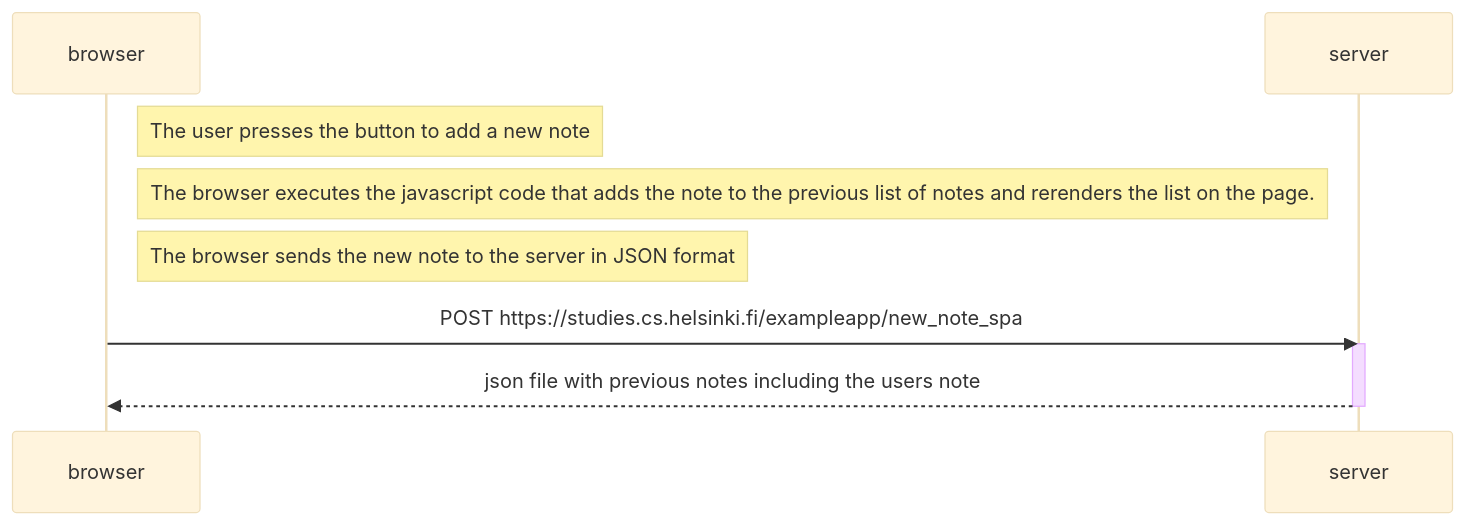
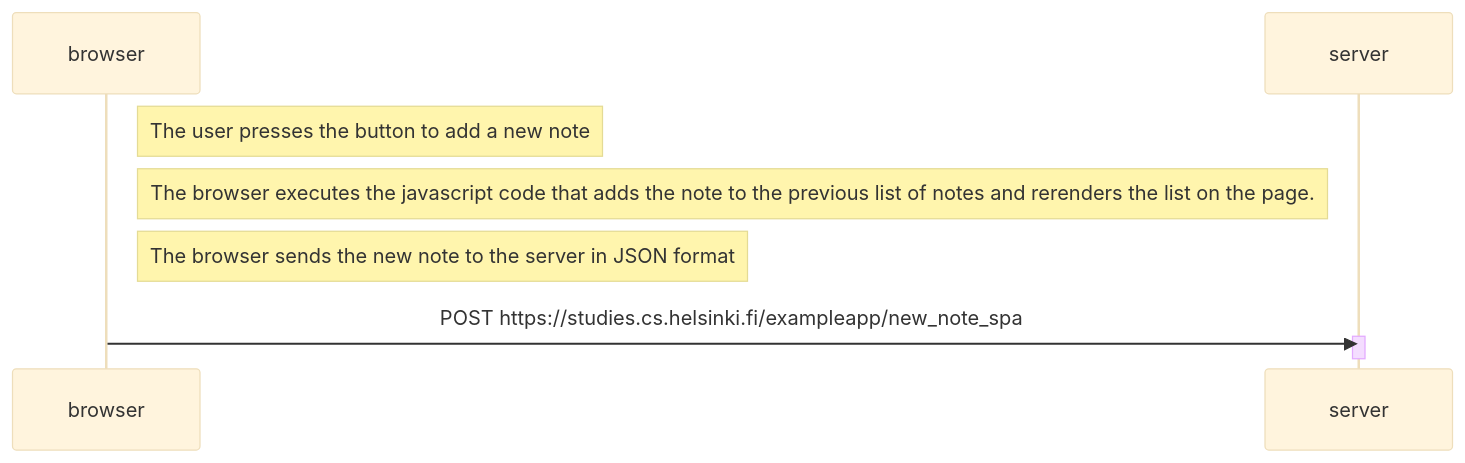
Before and after one commit to MartinhoMacedo/FSO: the diagram in part0/0_6.md, drawn with Mermaid (base theme).

````diff
--- a/part0/0_6.md
+++ b/part0/0_6.md
@@ -2,16 +2,15 @@
 ```mermaid
     sequenceDiagram
         participant browser
         participant server
 
         Note right of browser: The user presses the button to add a new note
         
         Note right of browser: The browser executes the javascript code that adds the note to the previous list of notes and rerenders the list on the page.
         
         Note right of browser: The browser sends the new note to the server in JSON format
 
         browser->>server: POST https://studies.cs.helsinki.fi/exampleapp/new_note_spa
         activate server
-        server-->>browser: json file with previous notes including the users note
         deactivate server
 ```
````
